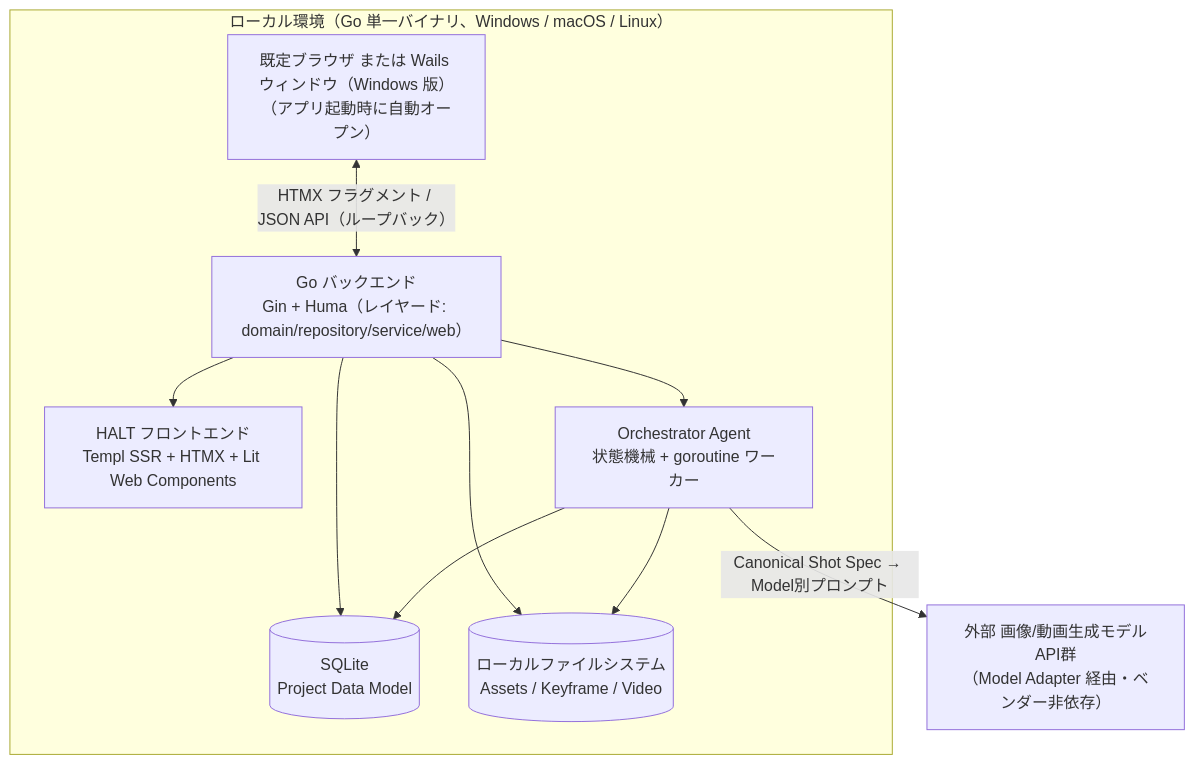
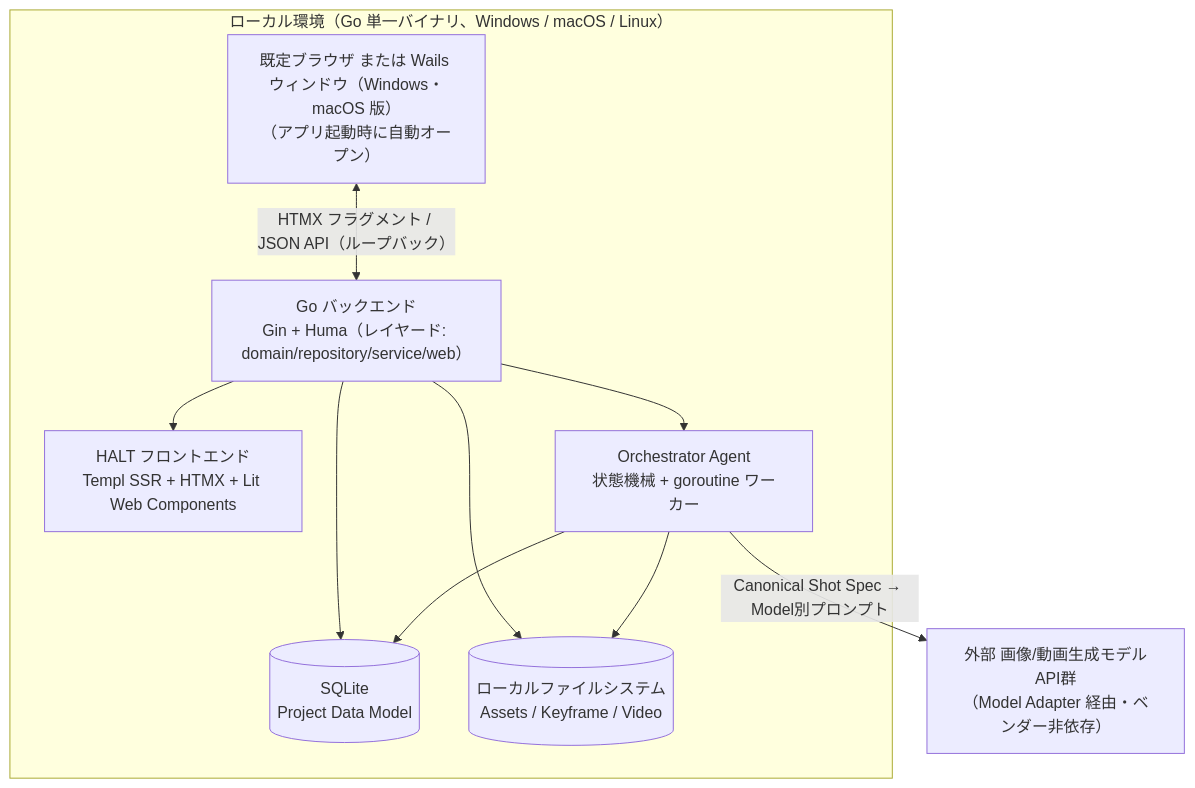
The diagram in spec/overview.md (ousiassllc/mam), drawn with Mermaid before and after one commit. The commit also changed other lines of this file and 16 other files, not shown here.

````diff
--- a/spec/overview.md
+++ b/spec/overview.md
@@ -48,21 +48,21 @@
 ```mermaid
 flowchart TB
     subgraph Local["ローカル環境（Go 単一バイナリ、Windows / macOS / Linux）"]
-        Browser["既定ブラウザ または Wails ウィンドウ（Windows 版）<br/>（アプリ起動時に自動オープン）"]
+        Browser["既定ブラウザ または Wails ウィンドウ（Windows・macOS 版）<br/>（アプリ起動時に自動オープン）"]
         UI["HALT フロントエンド<br/>Templ SSR + HTMX + Lit Web Components"]
         Server["Go バックエンド<br/>Gin + Huma（レイヤード: domain/repository/service/web）"]
         Orchestrator["Orchestrator Agent<br/>状態機械 + goroutine ワーカー"]
         DB[("SQLite<br/>Project Data Model")]
         FS[("ローカルファイルシステム<br/>Assets / Keyframe / Video")]
     end
     ExtAPIs["外部 画像/動画生成モデルAPI群<br/>（Model Adapter 経由・ベンダー非依存）"]
 
     Browser <-->|HTMX フラグメント / JSON API（ループバック）| Server
     Server --> UI
     Server --> Orchestrator
     Orchestrator --> DB
     Orchestrator --> FS
     Orchestrator -->|Canonical Shot Spec → Model別プロンプト| ExtAPIs
     Server --> DB
     Server --> FS
 ```
````
